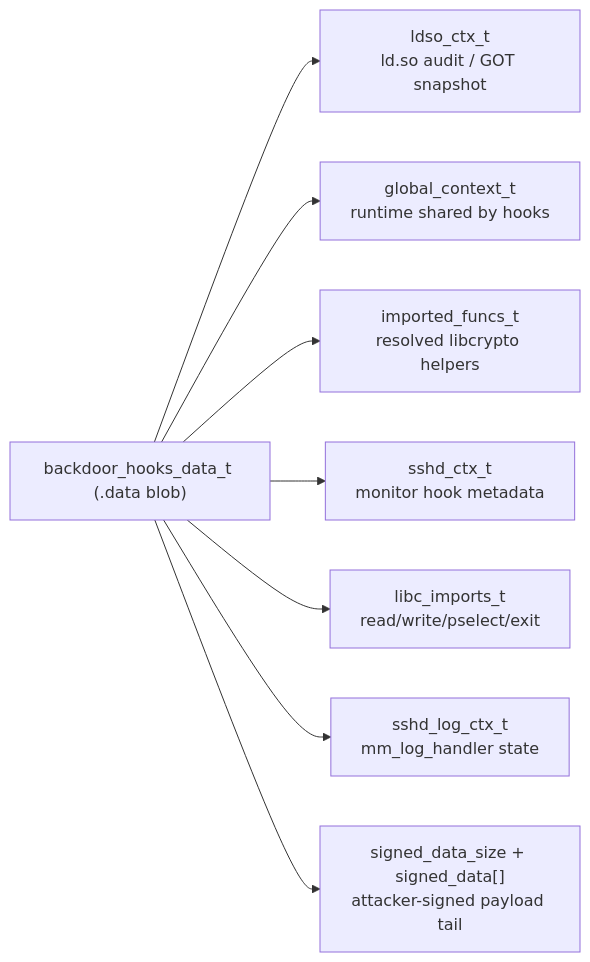
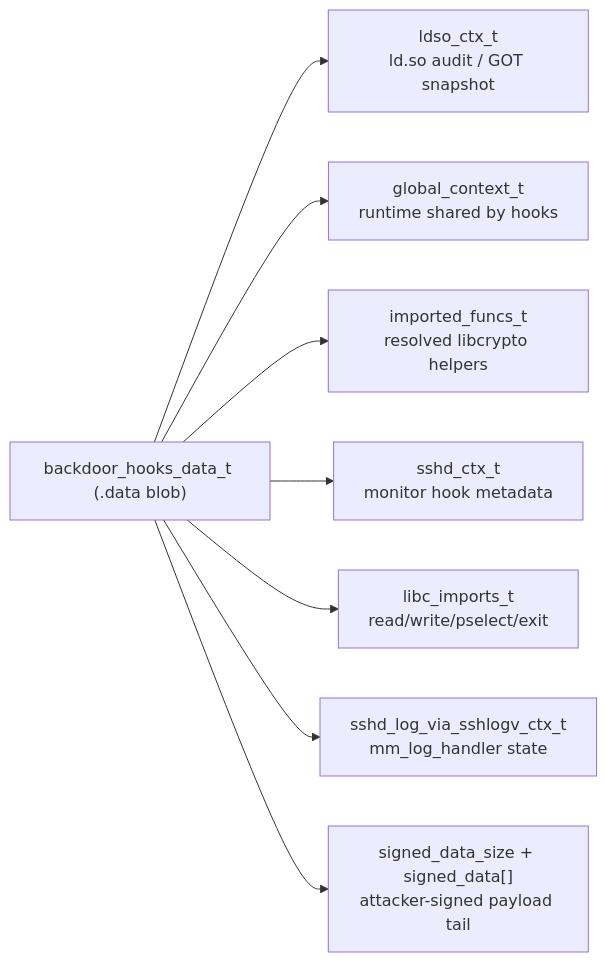
One commit to vanbako/xzre-ghidra changed the sixth of 10 diagrams in docs/backdoor_functionality.md. Above: the diagram before and after it, drawn with Mermaid. The commit also changed other lines of this file and 17 other files, not shown here.

````diff
--- a/docs/backdoor_functionality.md
+++ b/docs/backdoor_functionality.md
@@ -184,19 +184,19 @@
 ```mermaid
 flowchart LR
     hooks["backdoor_hooks_data_t (.data blob)"]
     ldso["ldso_ctx_t\nld.so audit / GOT snapshot"]
     global_ctx["global_context_t\nruntime shared by hooks"]
     imports["imported_funcs_t\nresolved libcrypto helpers"]
     sshdctx["sshd_ctx_t\nmonitor hook metadata"]
     libc["libc_imports_t\nread/write/pselect/exit"]
-    logctx["sshd_log_ctx_t\nmm_log_handler state"]
+    logctx["sshd_log_via_sshlogv_ctx_t\nmm_log_handler state"]
     payload["signed_data_size + signed_data[]\nattacker-signed payload tail"]
 
     hooks --> ldso
     hooks --> global_ctx
     hooks --> imports
     hooks --> sshdctx
     hooks --> libc
     hooks --> logctx
     hooks --> payload
 ```
````
